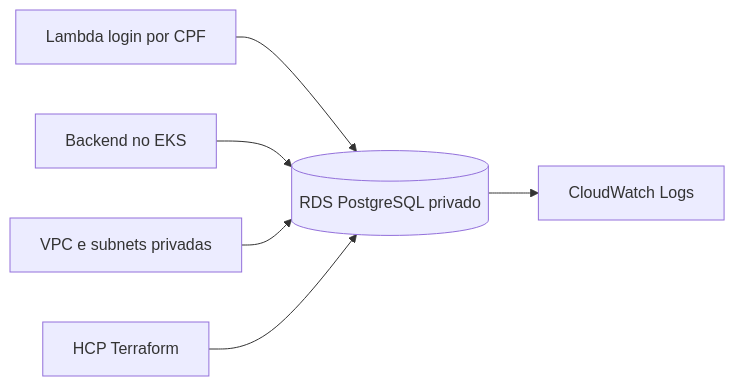
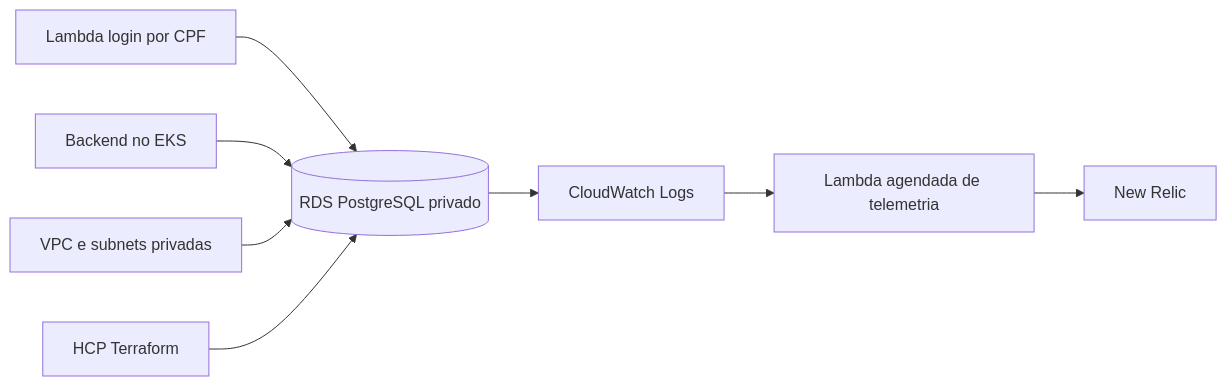
One commit to tiagomiele/oficina-database-infra-fiap-fase3 changed the diagram in README.md. Above: the diagram before and after it, drawn with Mermaid. The commit also changed other lines of this file and 22 other files, not shown here.

````diff
--- a/README.md
+++ b/README.md
@@ -21,8 +22,10 @@
 ```mermaid
 flowchart LR
     Lambda[Lambda login por CPF] --> RDS[(RDS PostgreSQL privado)]
     App[Backend no EKS] --> RDS
     VPC[VPC e subnets privadas] --> RDS
     TF[HCP Terraform] --> RDS
     RDS --> CW[CloudWatch Logs]
+    CW --> Collector[Lambda agendada de telemetria]
+    Collector --> NR[New Relic]
 ```
````
